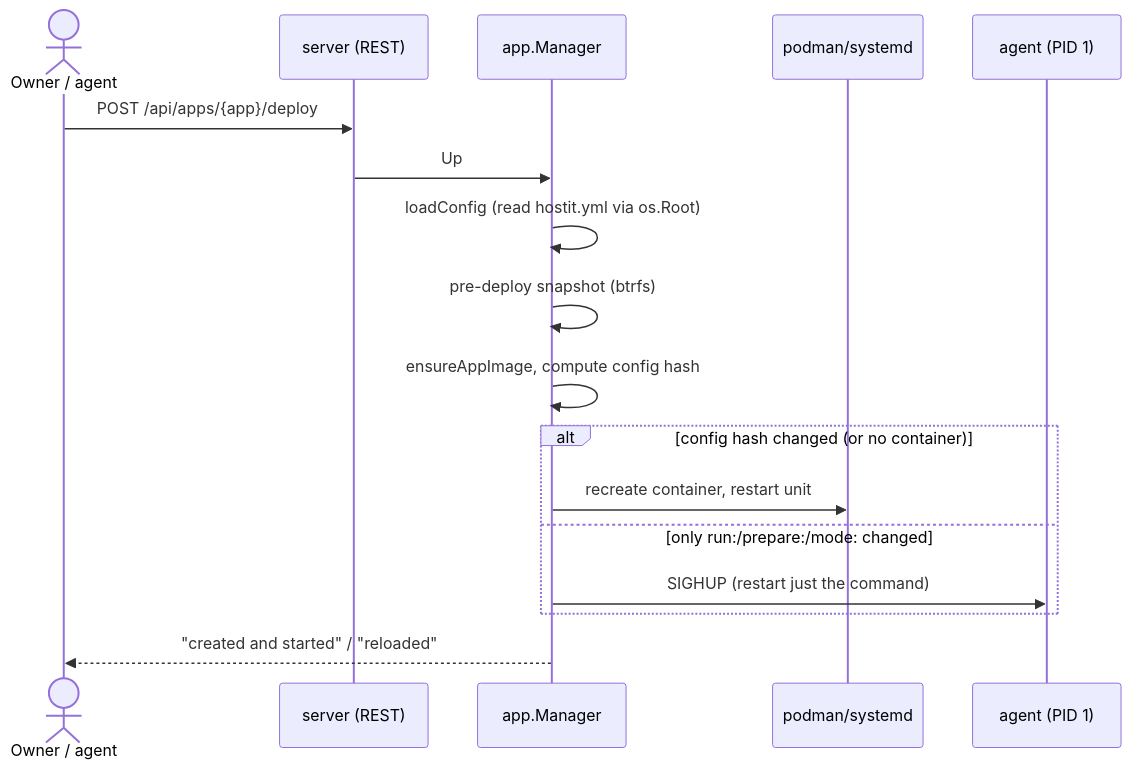
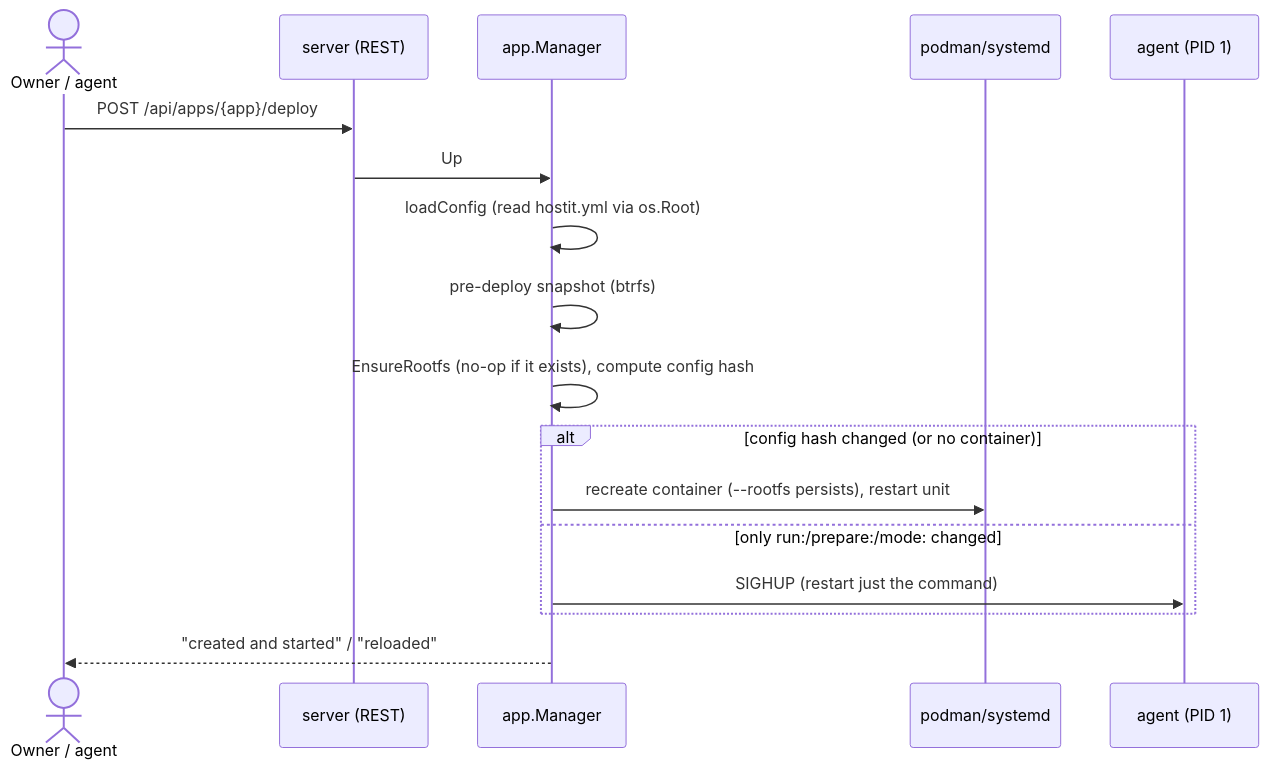
One commit to binwiederhier/hostit changed the sixth of 9 diagrams in docs/slides/presentations/tech-overview.md. Above: the diagram before and after it, drawn with Mermaid. The commit also changed other lines of this file and 1 other file, not shown here.

First line of the commit message:
docs/slides: mark the storage target as shipped; rootfs-era tech overview

````diff
--- a/docs/slides/presentations/tech-overview.md
+++ b/docs/slides/presentations/tech-overview.md
@@ -291,19 +294,19 @@
 ```mermaid {scale: 0.5}
 sequenceDiagram
     actor Dev as Owner / agent
     participant S as server (REST)
     participant M as app.Manager
     participant Pod as podman/systemd
     participant Ag as agent (PID 1)
     Dev->>S: POST /api/apps/{app}/deploy
     S->>M: Up
     M->>M: loadConfig (read hostit.yml via os.Root)
     M->>M: pre-deploy snapshot (btrfs)
-    M->>M: ensureAppImage, compute config hash
+    M->>M: EnsureRootfs (no-op if it exists), compute config hash
     alt config hash changed (or no container)
-        M->>Pod: recreate container, restart unit
+        M->>Pod: recreate container (--rootfs persists), restart unit
     else only run:/prepare:/mode: changed
         M->>Ag: SIGHUP (restart just the command)
     end
     M-->>Dev: "created and started" / "reloaded"
 ```
````
